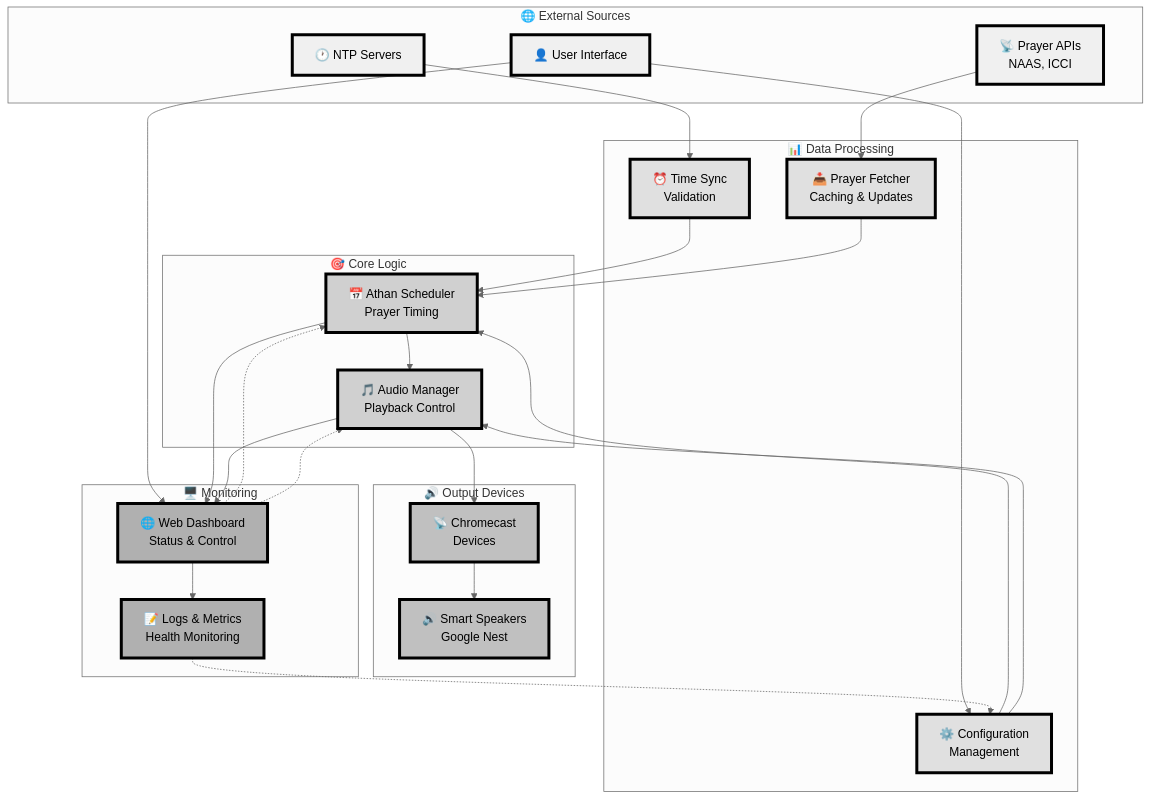
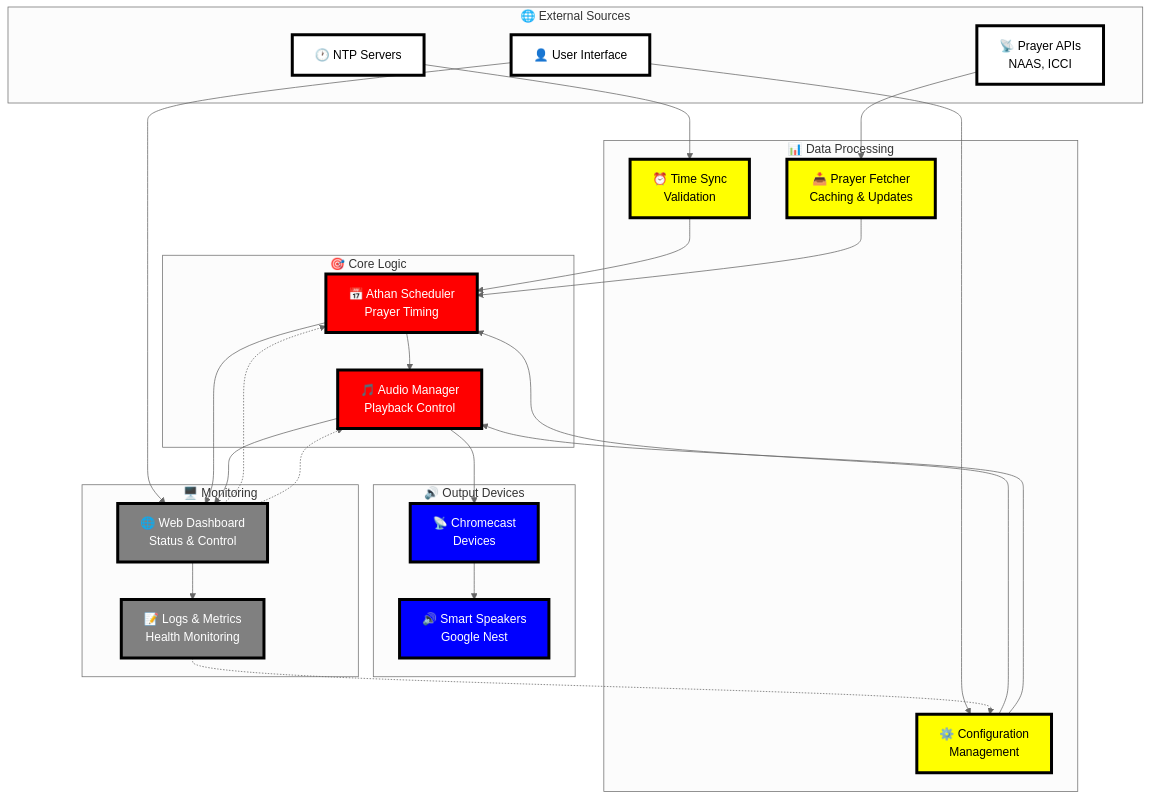
The third of 5 diagrams in ARCHITECTURE_MINDMAP.md (shenhab/Automated-Azan), drawn with Mermaid (neutral theme) before and after one commit. The commit also changed other lines of this file, not shown here.

First line of the commit message:
Update architecture diagrams with vibrant color palette

````diff
--- a/ARCHITECTURE_MINDMAP.md
+++ b/ARCHITECTURE_MINDMAP.md
@@ -208,66 +208,66 @@
 ```mermaid
 flowchart TD
     subgraph "🌐 External Sources"
         NTP[🕐 NTP Servers]
         APIS[📡 Prayer APIs<br/>NAAS, ICCI]
         USER[👤 User Interface]
     end
 
     subgraph "📊 Data Processing"
         SYNC[⏰ Time Sync<br/>Validation]
         FETCH[📥 Prayer Fetcher<br/>Caching & Updates]
         CONFIG[⚙️ Configuration<br/>Management]
     end
 
     subgraph "🎯 Core Logic"
         SCHEDULER[📅 Athan Scheduler<br/>Prayer Timing]
         AUDIO[🎵 Audio Manager<br/>Playback Control]
     end
 
     subgraph "🔊 Output Devices"
         CHROME[📡 Chromecast<br/>Devices]
         SPEAKERS[🔊 Smart Speakers<br/>Google Nest]
     end
 
     subgraph "🖥️ Monitoring"
         WEB[🌐 Web Dashboard<br/>Status & Control]
         LOGS[📝 Logs & Metrics<br/>Health Monitoring]
     end
 
     %% Data flow connections
     NTP --> SYNC
     APIS --> FETCH
     USER --> CONFIG
     USER --> WEB
 
     SYNC --> SCHEDULER
     FETCH --> SCHEDULER
     CONFIG --> SCHEDULER
     CONFIG --> AUDIO
 
     SCHEDULER --> AUDIO
     AUDIO --> CHROME
     CHROME --> SPEAKERS
 
     SCHEDULER --> WEB
     AUDIO --> WEB
     WEB --> LOGS
 
     %% Feedback loops
     WEB -.-> SCHEDULER
     WEB -.-> AUDIO
     LOGS -.-> CONFIG
 
-    %% Color blind accessible high contrast styling
-    classDef external fill:#f0f0f0,stroke:#000000,stroke-width:4px,color:#000000
-    classDef processing fill:#e0e0e0,stroke:#000000,stroke-width:4px,color:#000000
-    classDef core fill:#d0d0d0,stroke:#000000,stroke-width:4px,color:#000000
-    classDef output fill:#c0c0c0,stroke:#000000,stroke-width:4px,color:#000000
-    classDef monitoring fill:#b0b0b0,stroke:#000000,stroke-width:4px,color:#000000
+    %% High contrast color styling with specified palette
+    classDef external fill:#ffffff,stroke:#000000,stroke-width:4px,color:#000000
+    classDef processing fill:#ffff00,stroke:#000000,stroke-width:4px,color:#000000
+    classDef core fill:#ff0000,stroke:#000000,stroke-width:4px,color:#ffffff
+    classDef output fill:#0000ff,stroke:#000000,stroke-width:4px,color:#ffffff
+    classDef monitoring fill:#808080,stroke:#000000,stroke-width:4px,color:#ffffff
 
     class NTP,APIS,USER external
     class SYNC,FETCH,CONFIG processing
     class SCHEDULER,AUDIO core
     class CHROME,SPEAKERS output
     class WEB,LOGS monitoring
 ```
````
